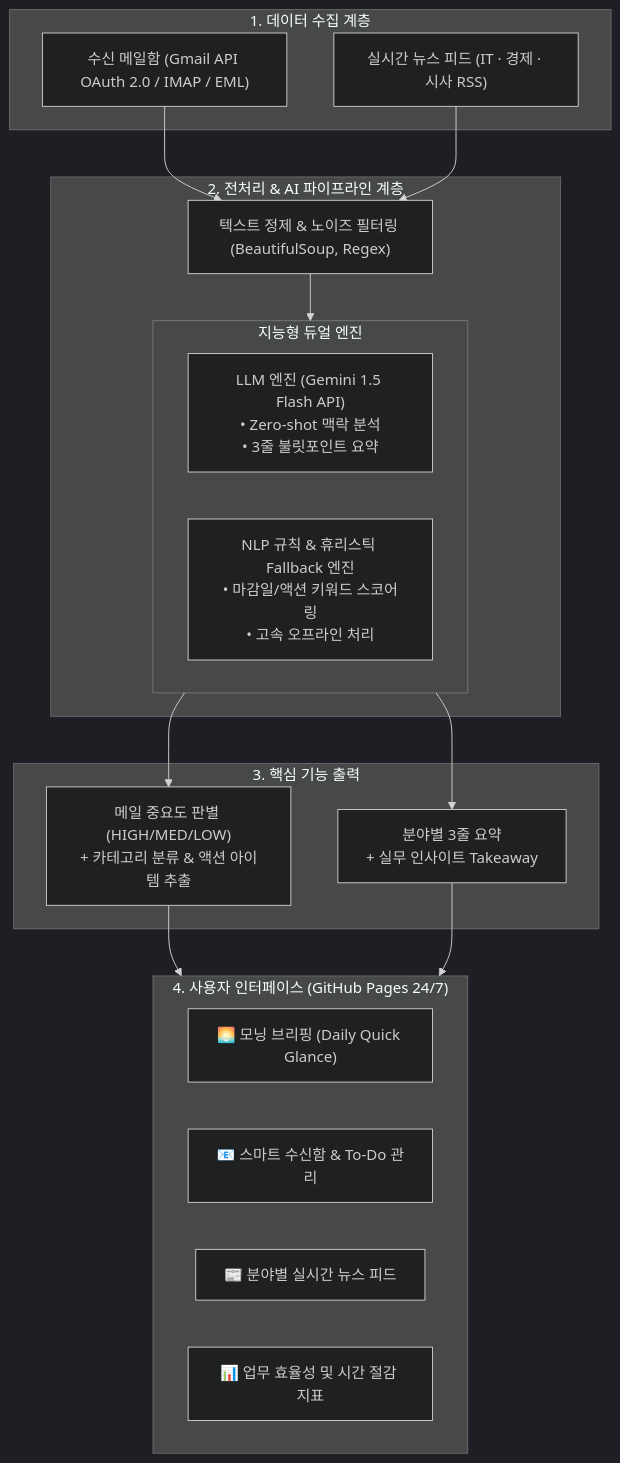
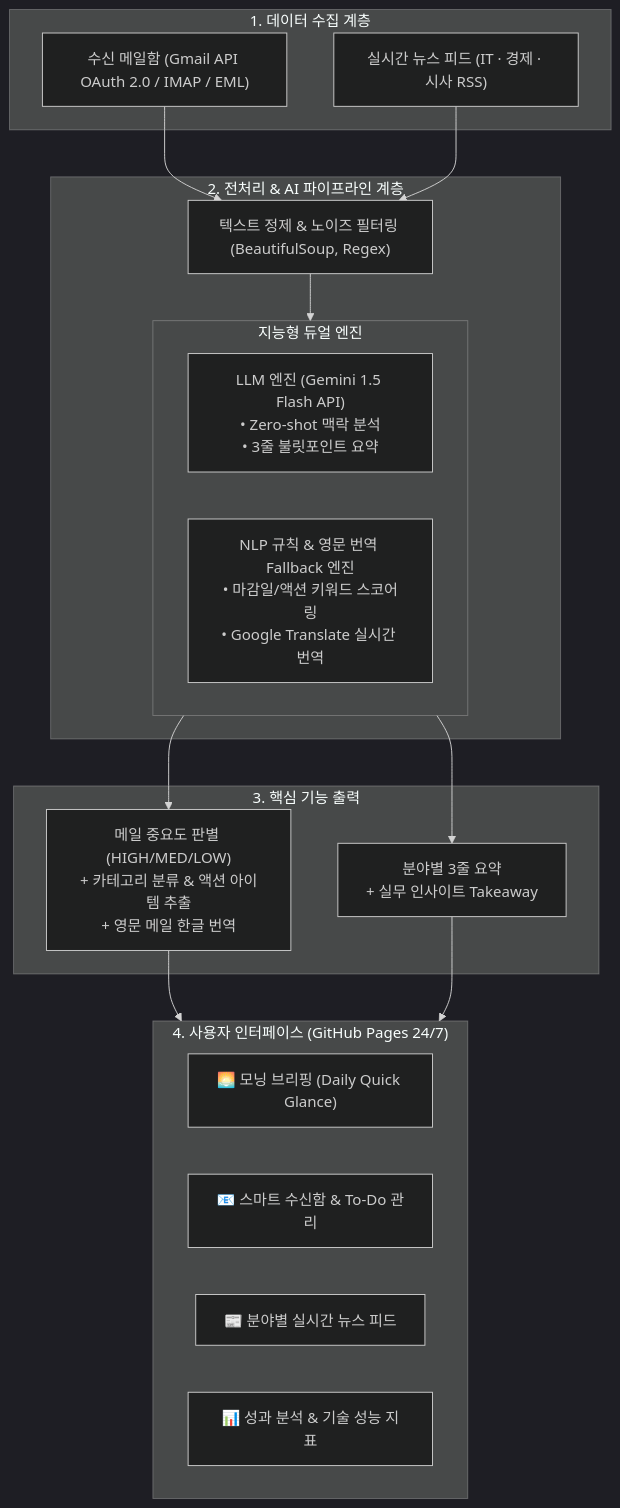
The diagram in PORTFOLIO.md (JeongSeongHun054/Mail_Classification_Project), drawn with Mermaid (dark theme) before and after one commit. The commit also changed other lines of this file and 1 other file, not shown here.

````diff
--- a/PORTFOLIO.md
+++ b/PORTFOLIO.md
@@ -36,37 +36,37 @@
 ```mermaid
 flowchart TD
     subgraph Data_Sources ["1. 데이터 수집 계층"]
         M1["수신 메일함 (Gmail API OAuth 2.0 / IMAP / EML)"]
         N1["실시간 뉴스 피드 (IT · 경제 · 시사 RSS)"]
     end
 
     subgraph Processing_Layer ["2. 전처리 & AI 파이프라인 계층"]
         P1["텍스트 정제 & 노이즈 필터링 (BeautifulSoup, Regex)"]
         
         subgraph Dual_AI_Engine ["지능형 듀얼 엔진"]
             LLM["LLM 엔진 (Gemini 1.5 Flash API)<br/>• Zero-shot 맥락 분석<br/>• 3줄 불릿포인트 요약"]
-            NLP["NLP 규칙 & 휴리스틱 Fallback 엔진<br/>• 마감일/액션 키워드 스코어링<br/>• 고속 오프라인 처리"]
+            NLP["NLP 규칙 & 영문 번역 Fallback 엔진<br/>• 마감일/액션 키워드 스코어링<br/>• Google Translate 실시간 번역"]
         end
         
         P1 --> Dual_AI_Engine
     end
 
     subgraph Core_Outputs ["3. 핵심 기능 출력"]
-        O1["메일 중요도 판별 (HIGH/MED/LOW)<br/>+ 카테고리 분류 & 액션 아이템 추출"]
+        O1["메일 중요도 판별 (HIGH/MED/LOW)<br/>+ 카테고리 분류 & 액션 아이템 추출<br/>+ 영문 메일 한글 번역"]
         O2["분야별 3줄 요약<br/>+ 실무 인사이트 Takeaway"]
     end
 
     subgraph Service_UI ["4. 사용자 인터페이스 (GitHub Pages 24/7)"]
         UI1["🌅 모닝 브리핑 (Daily Quick Glance)"]
         UI2["📧 스마트 수신함 & To-Do 관리"]
         UI3["📰 분야별 실시간 뉴스 피드"]
-        UI4["📊 업무 효율성 및 시간 절감 지표"]
+        UI4["📊 성과 분석 & 기술 성능 지표"]
     end
 
     M1 --> P1
     N1 --> P1
     Dual_AI_Engine --> O1
     Dual_AI_Engine --> O2
     O1 --> Service_UI
     O2 --> Service_UI
 ```
````
